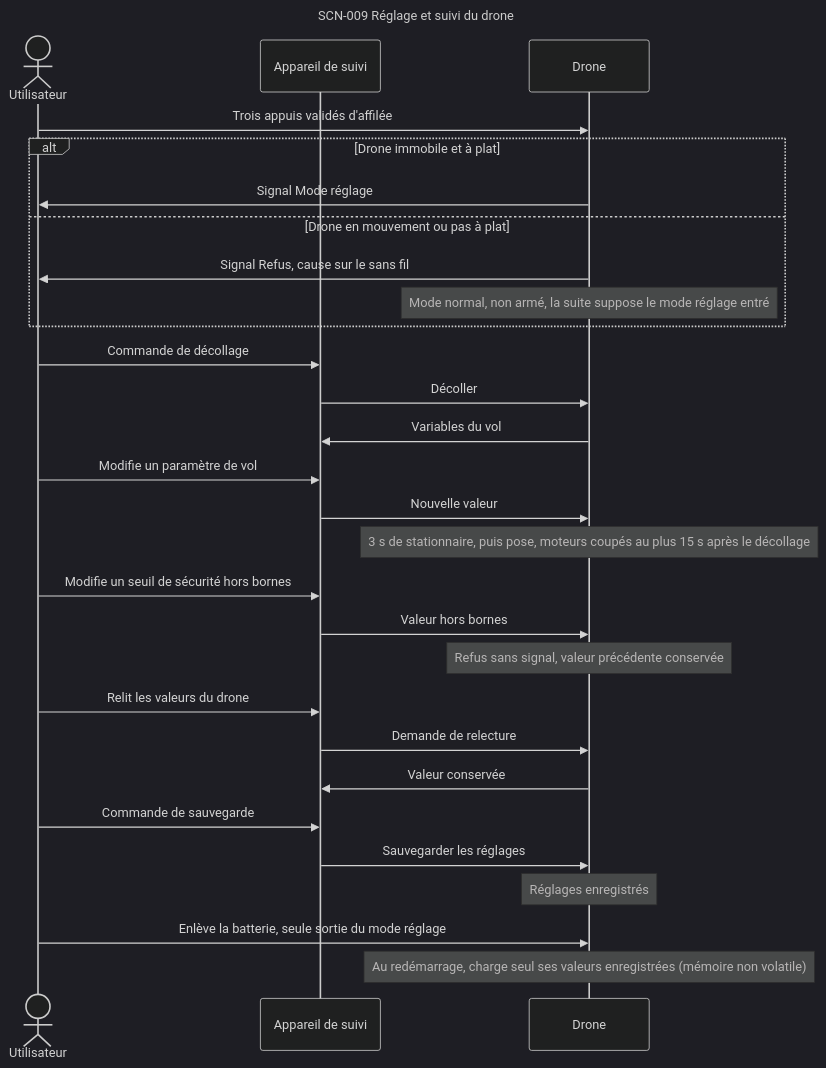
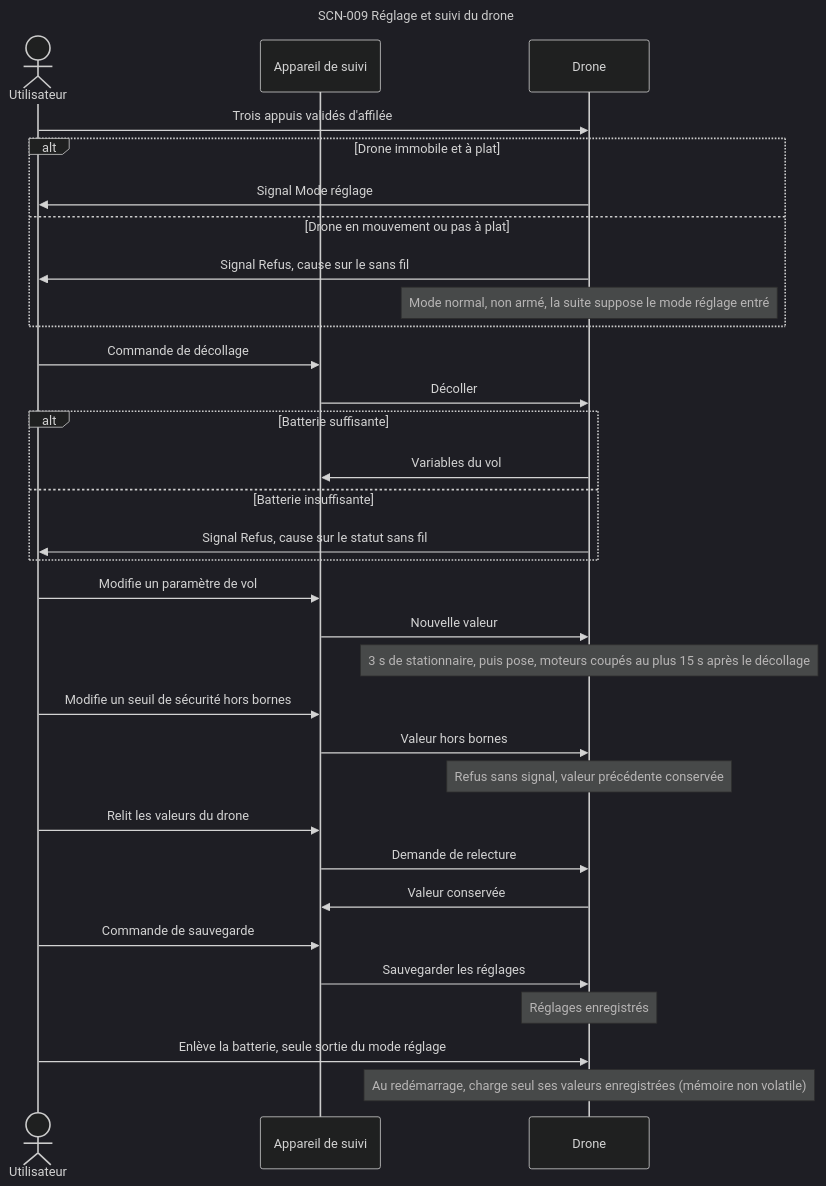
Before and after one commit to thourymatthieu-png/coworker_archi_system: diagram 13 of 15 in projets/boomrone/00-scenarios.md, drawn with Mermaid (dark theme). The commit also changed other lines of this file and 6 other files, not shown here.

````diff
--- a/projets/boomrone/00-scenarios.md
+++ b/projets/boomrone/00-scenarios.md
@@ -650,33 +665,37 @@
 ```mermaid
 ---
 title: "SCN-009 Réglage et suivi du drone"
 ---
 sequenceDiagram
     actor U as Utilisateur
     participant A as Appareil de suivi
     participant D as Drone
     U->>D: Trois appuis validés d'affilée
     alt Drone immobile et à plat
         D->>U: Signal Mode réglage
     else Drone en mouvement ou pas à plat
         D->>U: Signal Refus, cause sur le sans fil
         Note over D: Mode normal, non armé, la suite suppose le mode réglage entré
     end
     U->>A: Commande de décollage
     A->>D: Décoller
-    D->>A: Variables du vol
+    alt Batterie suffisante
+        D->>A: Variables du vol
+    else Batterie insuffisante
+        D->>U: Signal Refus, cause sur le statut sans fil
+    end
     U->>A: Modifie un paramètre de vol
     A->>D: Nouvelle valeur
     Note over D: 3 s de stationnaire, puis pose, moteurs coupés au plus 15 s après le décollage
     U->>A: Modifie un seuil de sécurité hors bornes
     A->>D: Valeur hors bornes
     Note over D: Refus sans signal, valeur précédente conservée
     U->>A: Relit les valeurs du drone
     A->>D: Demande de relecture
     D->>A: Valeur conservée
     U->>A: Commande de sauvegarde
     A->>D: Sauvegarder les réglages
     Note over D: Réglages enregistrés
     U->>D: Enlève la batterie, seule sortie du mode réglage
     Note over D: Au redémarrage, charge seul ses valeurs enregistrées (mémoire non volatile)
 ```
````
